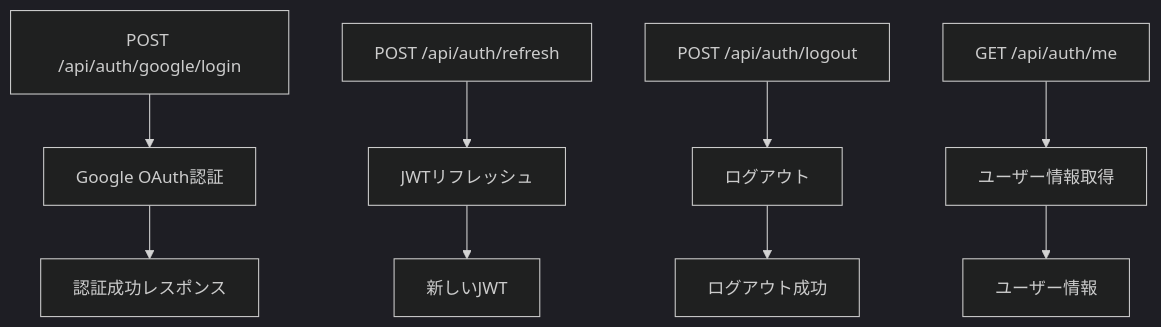
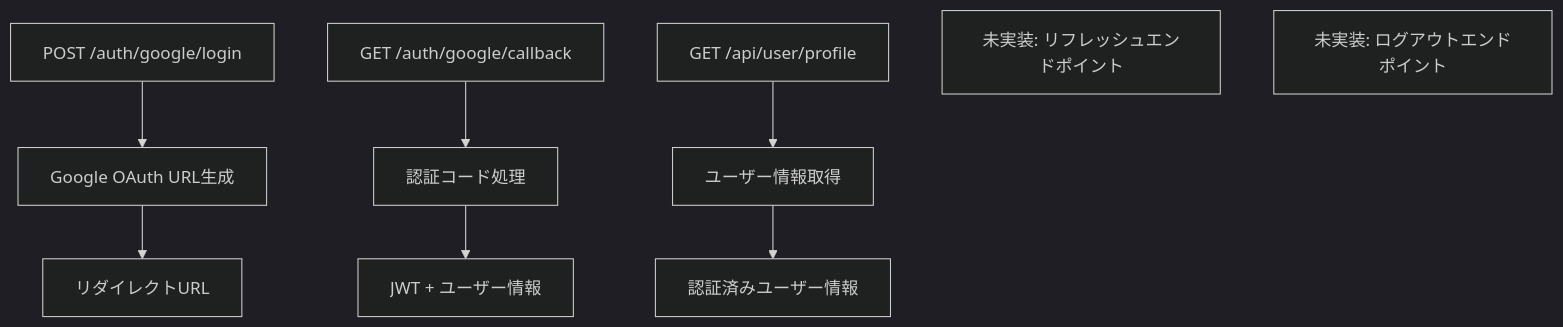
Diagram 15 of 27 in docs/auth-system-design.md (myantyuWorld/stackies-with-cc), drawn with Mermaid (dark theme) before and after one commit. The commit also changed other lines of this file and 13 other files, not shown here.

````diff
--- a/docs/auth-system-design.md
+++ b/docs/auth-system-design.md
@@ -353,12 +321,13 @@
 ```mermaid
 graph TD
-    A[POST /api/auth/google/login] --> B[Google OAuth認証]
-    C[POST /api/auth/refresh] --> D[JWTリフレッシュ]
-    E[POST /api/auth/logout] --> F[ログアウト]
-    G[GET /api/auth/me] --> H[ユーザー情報取得]
+    A[POST /auth/google/login] --> B[Google OAuth URL生成]
+    C[GET /auth/google/callback] --> D[認証コード処理]
+    E[GET /api/user/profile] --> F[ユーザー情報取得]
     
-    B --> I[認証成功レスポンス]
-    D --> J[新しいJWT]
-    F --> K[ログアウト成功]
-    H --> L[ユーザー情報]
+    B --> G[リダイレクトURL]
+    D --> H[JWT + ユーザー情報]
+    F --> I[認証済みユーザー情報]
+    
+    Note1[未実装: リフレッシュエンドポイント]
+    Note2[未実装: ログアウトエンドポイント]
 ```
````
